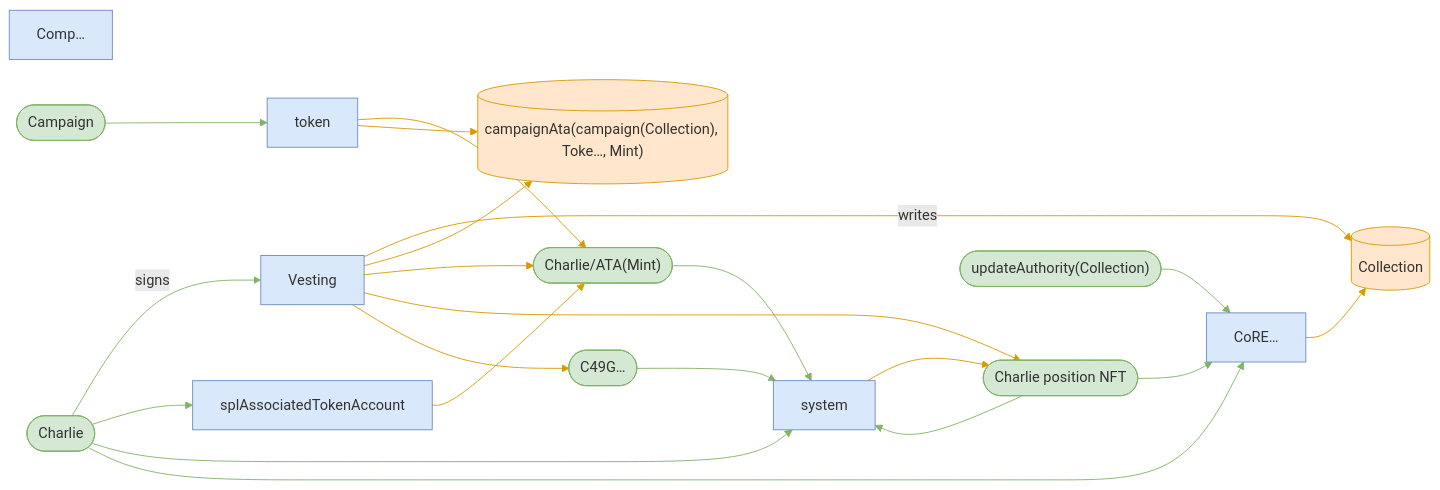
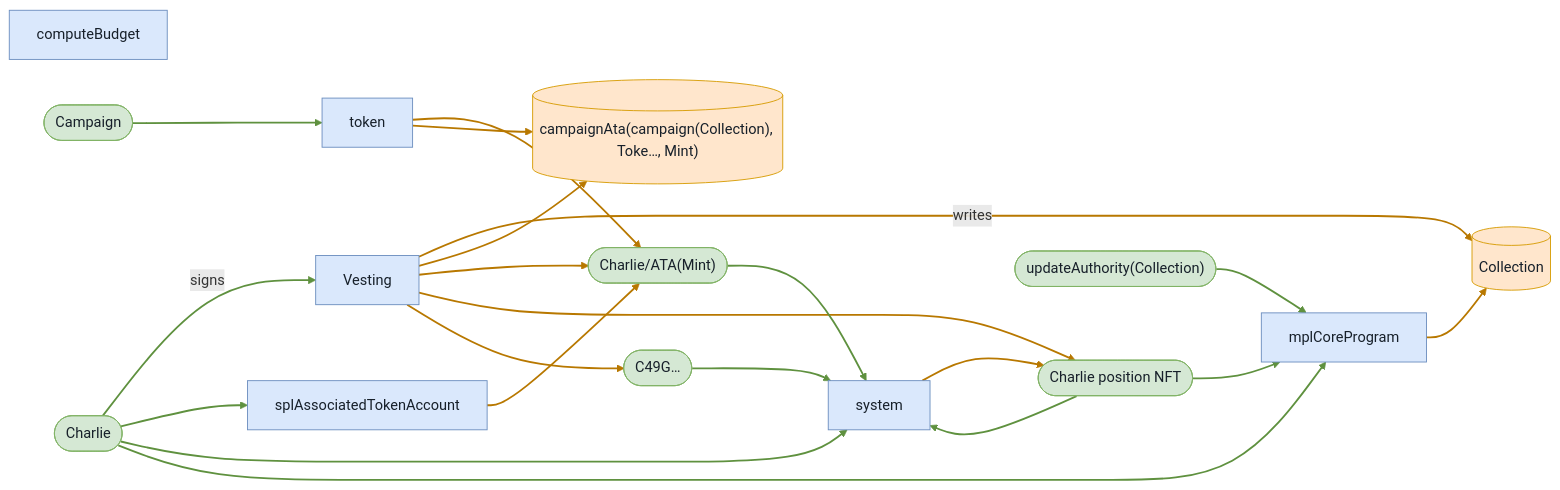
Before and after one commit to cds-turbin3/vesting-position: diagram 11 of 36 in babelfish-tests/test-report/full_lifecycle.md, drawn with Mermaid. The commit also changed other lines of this file and 106 other files, not shown here.

````diff
--- a/babelfish-tests/test-report/full_lifecycle.md
+++ b/babelfish-tests/test-report/full_lifecycle.md
@@ -608,42 +606,42 @@
 ```mermaid
 flowchart LR
-    Comp["Comp…"]:::program
+    computeBudget["computeBudget"]:::program
     Vesting["Vesting"]:::program
     Charlie(["Charlie"]):::signer
     Collection[("Collection")]:::state
     campaignAtacampaignCollectionTokeMint[("campaignAta(campaign(Collection), Toke…, Mint)")]:::state
     CharlieATAMint(["Charlie/ATA(Mint)"]):::signer
     CharliepositionNFT(["Charlie position NFT"]):::signer
     C49G(["C49G…"]):::signer
     splAssociatedTokenAccount["splAssociatedTokenAccount"]:::program
     token["token"]:::program
     system["system"]:::program
-    CoRE["CoRE…"]:::program
+    mplCoreProgram["mplCoreProgram"]:::program
     updateAuthorityCollection(["updateAuthority(Collection)"]):::signer
     Campaign(["Campaign"]):::signer
     Charlie -->|signs| Vesting
     Vesting -->|writes| Collection
     Vesting --> campaignAtacampaignCollectionTokeMint
     Vesting --> CharlieATAMint
     Vesting --> CharliepositionNFT
     Vesting --> C49G
     Charlie --> splAssociatedTokenAccount
     splAssociatedTokenAccount --> CharlieATAMint
     Charlie --> system
     CharlieATAMint --> system
     token --> CharlieATAMint
     C49G --> system
-    CharliepositionNFT --> CoRE
-    CoRE --> Collection
-    updateAuthorityCollection --> CoRE
-    Charlie --> CoRE
+    CharliepositionNFT --> mplCoreProgram
+    mplCoreProgram --> Collection
+    updateAuthorityCollection --> mplCoreProgram
+    Charlie --> mplCoreProgram
     CharliepositionNFT --> system
     system --> CharliepositionNFT
     token --> campaignAtacampaignCollectionTokeMint
     Campaign --> token
-    classDef program fill:#dae8fc,stroke:#6c8ebf;
-    classDef signer fill:#d5e8d4,stroke:#82b366;
-    classDef state fill:#ffe6cc,stroke:#d79b00;
-    linkStyle 0,6,8,9,11,12,14,15,16,19 stroke:#82b366
-    linkStyle 1,2,3,4,5,7,10,13,17,18 stroke:#d79b00
+    classDef program fill:#dae8fc,stroke:#6c8ebf,color:#17202a;
+    classDef signer fill:#d5e8d4,stroke:#82b366,color:#17202a;
+    classDef state fill:#ffe6cc,stroke:#d79b00,color:#17202a;
+    linkStyle 0,6,8,9,11,12,14,15,16,19 stroke:#5f913f,stroke-width:2px
+    linkStyle 1,2,3,4,5,7,10,13,17,18 stroke:#b87800,stroke-width:2px
 ```
````
